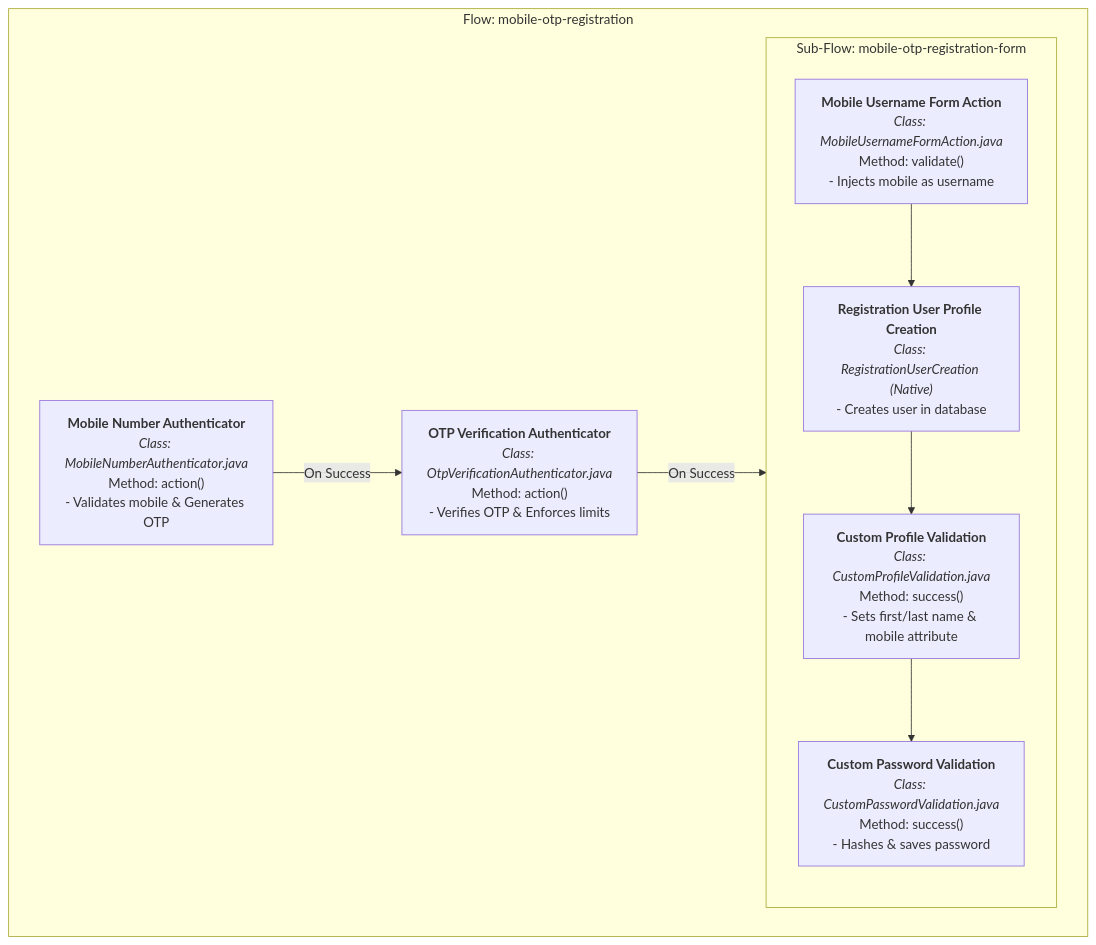
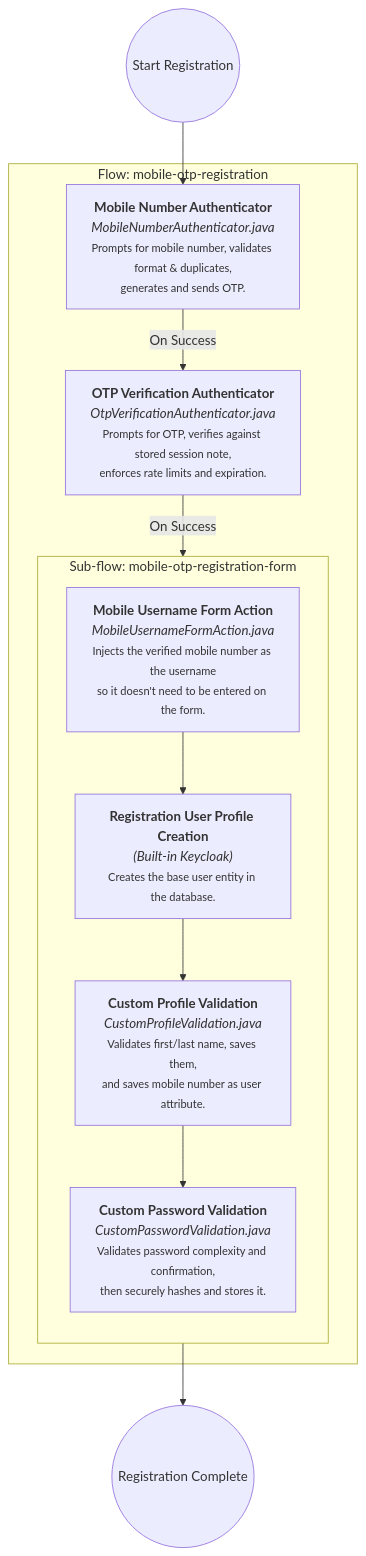
The diagram in README.md (namanONcode/keycloak-assignment), drawn with Mermaid before and after one commit. The commit also changed other lines of this file and 1 other file, not shown here.

````diff
--- a/README.md
+++ b/README.md
@@ -45,23 +45,29 @@
 ```mermaid
 flowchart TD
+    Start((Start Registration)) --> Auth1
+    
     subgraph Flow: mobile-otp-registration
-        A["<b>Mobile Number Authenticator</b><br/><i>Class: MobileNumberAuthenticator.java</i><br/>Method: action()<br/>- Validates mobile & Generates OTP"]
+        Auth1["<b>Mobile Number Authenticator</b><br/><i>MobileNumberAuthenticator.java</i><br/><small>Prompts for mobile number, validates format & duplicates,<br/>generates and sends OTP.</small>"]
         
-        B["<b>OTP Verification Authenticator</b><br/><i>Class: OtpVerificationAuthenticator.java</i><br/>Method: action()<br/>- Verifies OTP & Enforces limits"]
+        Auth1 -- "On Success" --> Auth2
         
-        subgraph Sub-Flow: mobile-otp-registration-form
+        Auth2["<b>OTP Verification Authenticator</b><br/><i>OtpVerificationAuthenticator.java</i><br/><small>Prompts for OTP, verifies against stored session note,<br/>enforces rate limits and expiration.</small>"]
+        
+        Auth2 -- "On Success" --> SubFlow
+        
+        subgraph SubFlow [Sub-flow: mobile-otp-registration-form]
             direction TB
-            C["<b>Mobile Username Form Action</b><br/><i>Class: MobileUsernameFormAction.java</i><br/>Method: validate()<br/>- Injects mobile as username"]
+            FormAction1["<b>Mobile Username Form Action</b><br/><i>MobileUsernameFormAction.java</i><br/><small>Injects the verified mobile number as the username<br/>so it doesn't need to be entered on the form.</small>"]
             
-            D["<b>Registration User Profile Creation</b><br/><i>Class: RegistrationUserCreation (Native)</i><br/>- Creates user in database"]
+            FormAction2["<b>Registration User Profile Creation</b><br/><i>(Built-in Keycloak)</i><br/><small>Creates the base user entity in the database.</small>"]
             
-            E["<b>Custom Profile Validation</b><br/><i>Class: CustomProfileValidation.java</i><br/>Method: success()<br/>- Sets first/last name & mobile attribute"]
+            FormAction3["<b>Custom Profile Validation</b><br/><i>CustomProfileValidation.java</i><br/><small>Validates first/last name, saves them,<br/>and saves mobile number as user attribute.</small>"]
             
-            F["<b>Custom Password Validation</b><br/><i>Class: CustomPasswordValidation.java</i><br/>Method: success()<br/>- Hashes & saves password"]
+            FormAction4["<b>Custom Password Validation</b><br/><i>CustomPasswordValidation.java</i><br/><small>Validates password complexity and confirmation,<br/>then securely hashes and stores it.</small>"]
             
-            C --> D --> E --> F
+            FormAction1 --> FormAction2 --> FormAction3 --> FormAction4
         end
-        
-        A -->|"On Success"| B --> |"On Success"| C
     end
+    
+    SubFlow --> End((Registration Complete))
 ```
````
